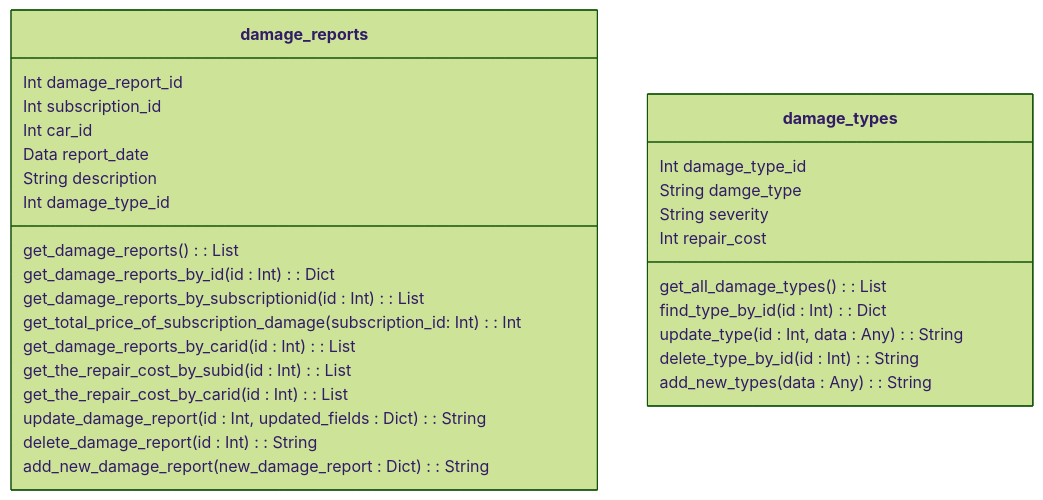
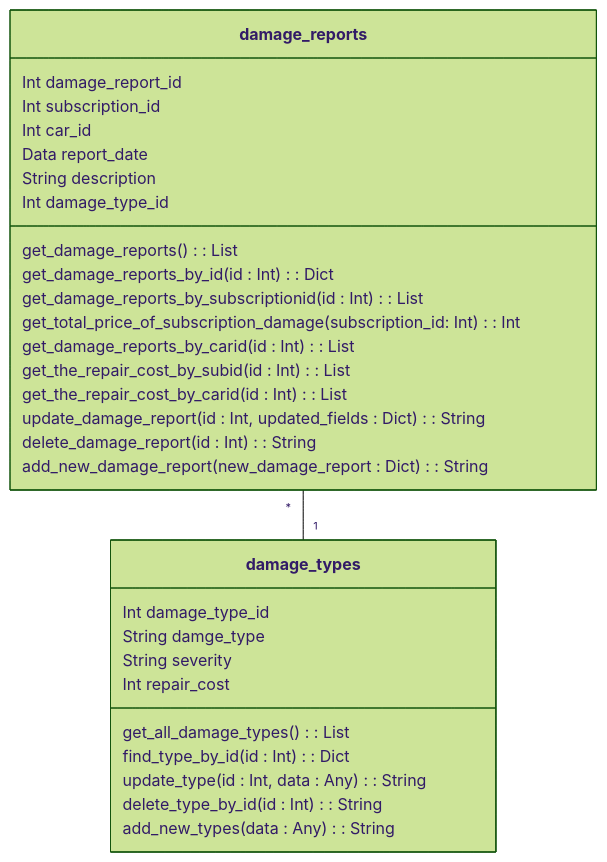
One commit to Bilabonnement-eksamensopgave-2024/skade-microservice changed the diagram in README.md. Above: the diagram before and after it, drawn with Mermaid (forest theme).

````diff
--- a/README.md
+++ b/README.md
@@ -37,32 +37,34 @@
 ``` mermaid
 classDiagram
   class damage_reports {
         Int damage_report_id
         Int subscription_id
         Int car_id
         Data report_date
         String description
         Int damage_type_id
         get_damage_reports() : List
         get_damage_reports_by_id(id : Int) : Dict 
         get_damage_reports_by_subscriptionid(id : Int) : List
         get_total_price_of_subscription_damage(subscription_id: Int) : Int
         get_damage_reports_by_carid(id : Int) : List
         get_the_repair_cost_by_subid(id : Int) : List
         get_the_repair_cost_by_carid(id : Int) : List
         update_damage_report(id : Int, updated_fields : Dict) : String
         delete_damage_report(id : Int) : String
         add_new_damage_report(new_damage_report : Dict) : String
   }
   class damage_types {
         Int damage_type_id
         String damge_type
         String severity
         Int repair_cost
         get_all_damage_types() : List
         find_type_by_id(id : Int) : Dict 
         update_type(id : Int, data : Any) : String
         delete_type_by_id(id : Int) : String
         add_new_types(data : Any) : String
   }
+
+   damage_reports "*" -- "1" damage_types
 ```
````
